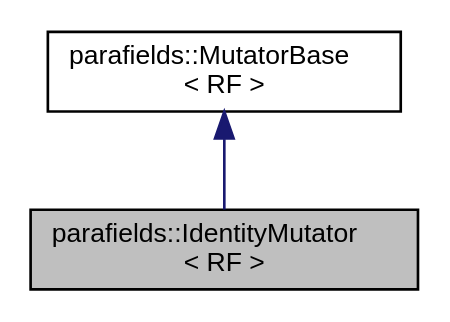
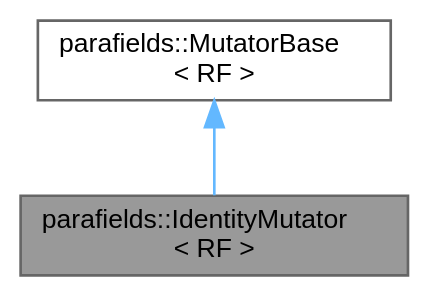
Before and after one commit to parafields/parafields-core: the diagram in a01040.dot, drawn with Graphviz. The commit also changed 509 other files, not shown here.

```diff
--- a/a01040.dot
+++ b/a01040.dot
@@ -1,9 +1,10 @@
 digraph "parafields::IdentityMutator&lt; RF &gt;"
 {
  // LATEX_PDF_SIZE
-  edge [fontname="Helvetica",fontsize="10",labelfontname="Helvetica",labelfontsize="10"];
-  node [fontname="Helvetica",fontsize="10",shape=record];
-  Node1 [label="parafields::IdentityMutator\l\< RF \>",height=0.2,width=0.4,color="black", fillcolor="grey75", style="filled", fontcolor="black",tooltip="Default Identity mutator that leaves its argument unchanged."];
-  Node2 -> Node1 [dir="back",color="midnightblue",fontsize="10",style="solid",fontname="Helvetica"];
-  Node2 [label="parafields::MutatorBase\l\< RF \>",height=0.2,width=0.4,color="black", fillcolor="white", style="filled",URL="$a01037.html",tooltip="Abstract base class for value transformations."];
+  bgcolor="transparent";
+  edge [fontname=Helvetica,fontsize=10,labelfontname=Helvetica,labelfontsize=10];
+  node [fontname=Helvetica,fontsize=10,shape=box,height=0.2,width=0.4];
+  Node1 [id="Node000001",label="parafields::IdentityMutator\l\< RF \>",height=0.2,width=0.4,color="gray40", fillcolor="grey60", style="filled", fontcolor="black",tooltip="Default Identity mutator that leaves its argument unchanged."];
+  Node2 -> Node1 [id="edge1_Node000001_Node000002",dir="back",color="steelblue1",style="solid",tooltip=" "];
+  Node2 [id="Node000002",label="parafields::MutatorBase\l\< RF \>",height=0.2,width=0.4,color="gray40", fillcolor="white", style="filled",URL="$a01037.html",tooltip="Abstract base class for value transformations."];
 }
```
